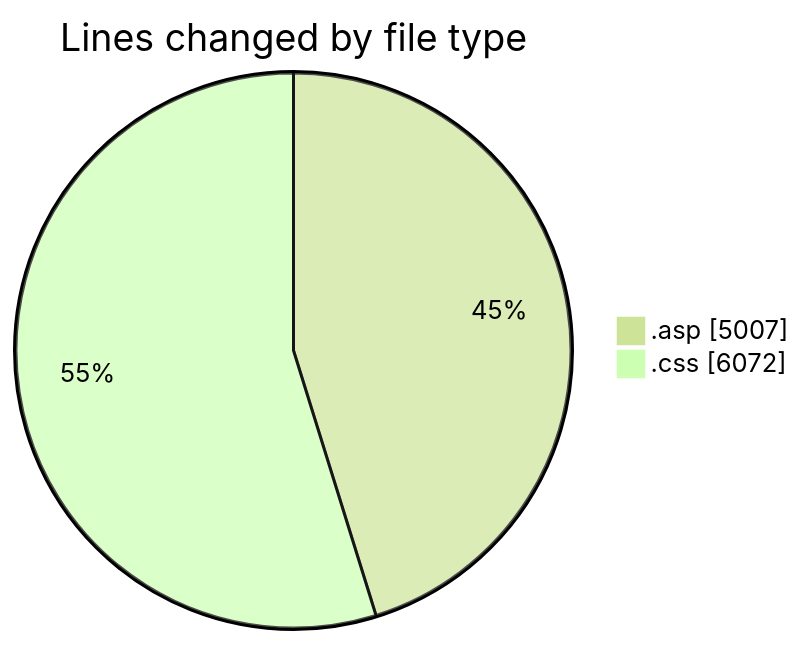
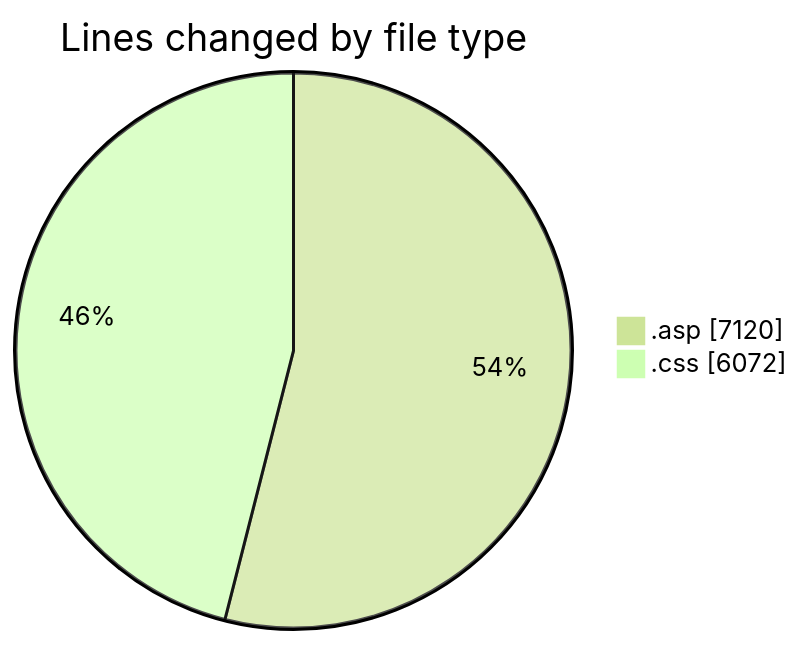
One commit to julien-gomy/code-tracking changed the first of 2 diagrams in 2025-11-17/usr_aleoudev_fr__workspace_/README.md. Above: the diagram before and after it, drawn with Mermaid (forest theme). The commit also changed other lines of this file and 1 other file, not shown here.

````diff
--- a/2025-11-17/usr_aleoudev_fr__workspace_/README.md
+++ b/2025-11-17/usr_aleoudev_fr__workspace_/README.md
@@ -26,6 +27,6 @@
 ```mermaid
 pie showData
 title Lines changed by file type
-".asp" : 5007
+".asp" : 7120
 ".css" : 6072
 ```
````
